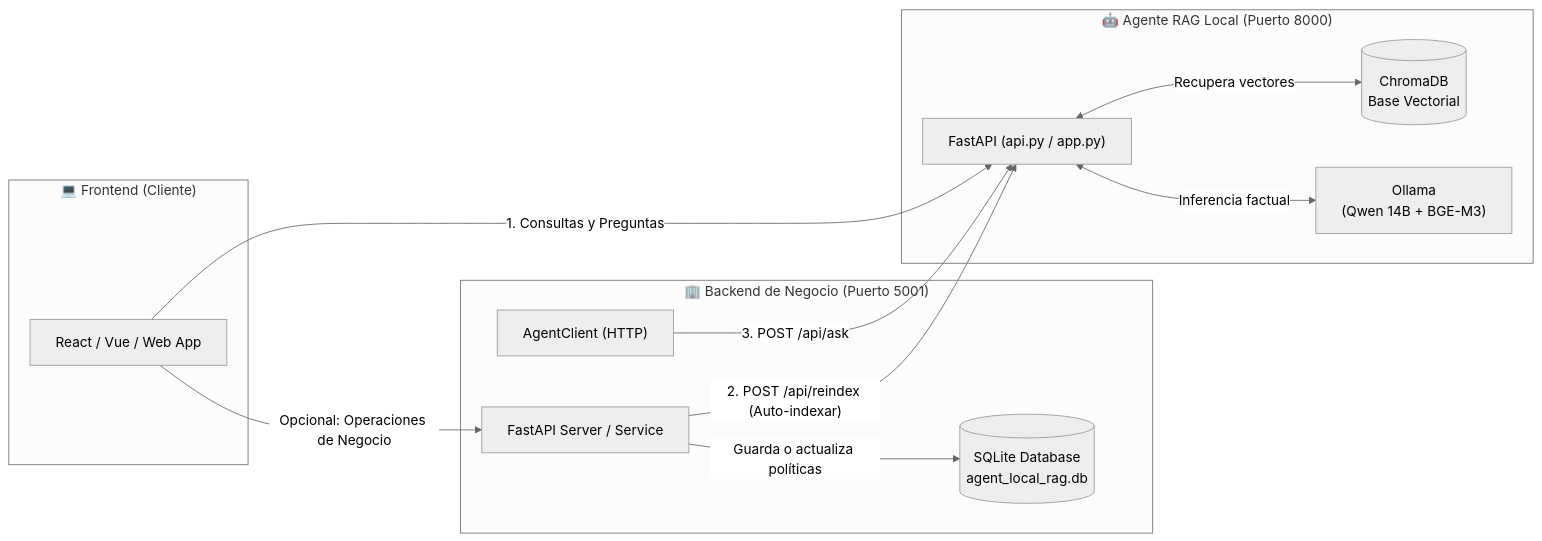
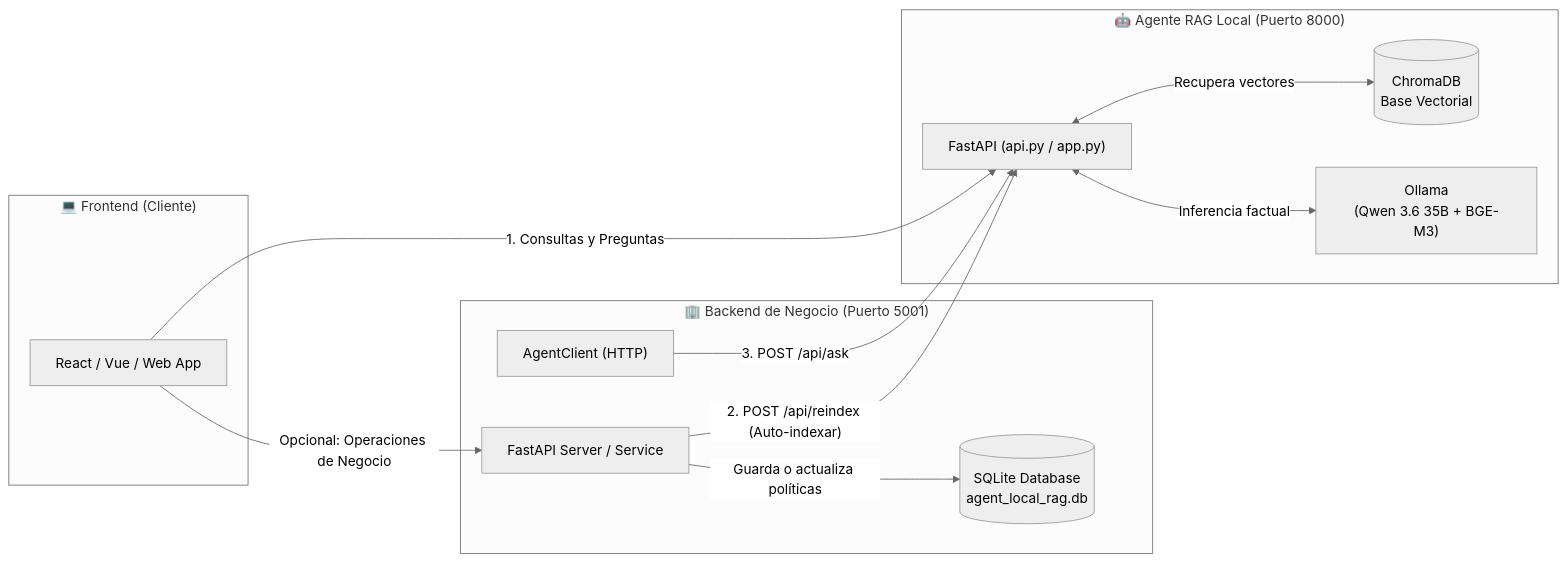
Before and after one commit to elmaxicero4/AgentLocalRag: the diagram in API_GUIDE.md, drawn with Mermaid (neutral theme). The commit also changed other lines of this file and 5 other files, not shown here.

````diff
--- a/API_GUIDE.md
+++ b/API_GUIDE.md
@@ -11,26 +11,26 @@
 ```mermaid
 flowchart LR
     subgraph Frontend["💻 Frontend (Cliente)"]
         UI["React / Vue / Web App"]
     end
 
     subgraph BackendCorp["🏢 Backend de Negocio (Puerto 5001)"]
         BServer["FastAPI Server / Service"]
         BDB[("SQLite Database\nagent_local_rag.db")]
         Client["AgentClient (HTTP)"]
     end
 
     subgraph AgenteRAG["🤖 Agente RAG Local (Puerto 8000)"]
         API["FastAPI (api.py / app.py)"]
         Chroma[("ChromaDB\nBase Vectorial")]
-        Ollama["Ollama\n(Qwen 14B + BGE-M3)"]
+        Ollama["Ollama\n(Qwen 3.6 35B + BGE-M3)"]
     end
 
     UI -->|"1. Consultas y Preguntas"| API
     UI -->|"Opcional: Operaciones de Negocio"| BServer
     BServer -->|"Guarda o actualiza políticas"| BDB
     BServer -->|"2. POST /api/reindex (Auto-indexar)"| API
     Client -->|"3. POST /api/ask"| API
     API <-->|"Recupera vectores"| Chroma
     API <-->|"Inferencia factual"| Ollama
 ```
````
